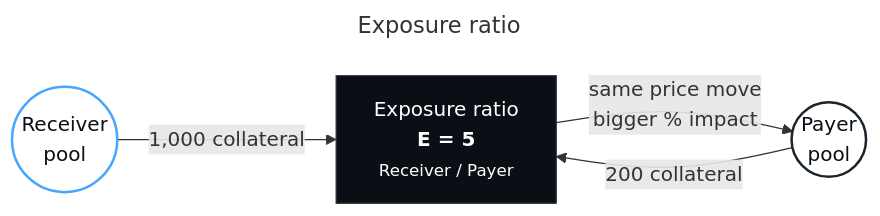
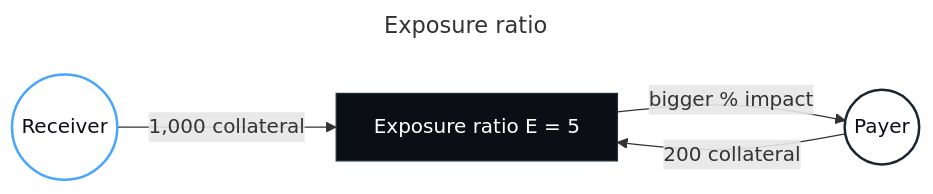
The diagram in diagrams/exposure-ratio.mmd (Null-Solutions/v1-docs), drawn with Mermaid before and after one commit. The commit also changed 12 other files, not shown here.

Commit message:
Fix docs diagram text rendering

```diff
--- a/diagrams/exposure-ratio.mmd
+++ b/diagrams/exposure-ratio.mmd
@@ -1,18 +1,18 @@
 ---
 title: Exposure ratio
 ---
 flowchart LR
-  receiver(("Receiver<br/>pool"))
-  payer(("Payer<br/>pool"))
-  ratio["Exposure ratio<br/><strong>E = 5</strong><br/><small>Receiver / Payer</small>"]
+  receiver(("Receiver"))
+  payer(("Payer"))
+  ratio["Exposure ratio E = 5"]
 
   receiver -- "1,000 collateral" --> ratio
   payer -- "200 collateral" --> ratio
-  ratio -- "same price move<br/>bigger % impact" --> payer
+  ratio -- "bigger % impact" --> payer
 
   classDef receiver fill:#FFFFFF,color:#0B0E15,stroke:#45A5FF,stroke-width:2px;
   classDef payer fill:#FFFFFF,color:#0B0E15,stroke:#1B252D,stroke-width:2px;
   classDef core fill:#0B0E15,color:#FFFFFF,stroke:#243038,stroke-width:1px;
   class receiver receiver;
   class payer payer;
   class ratio core;
```
